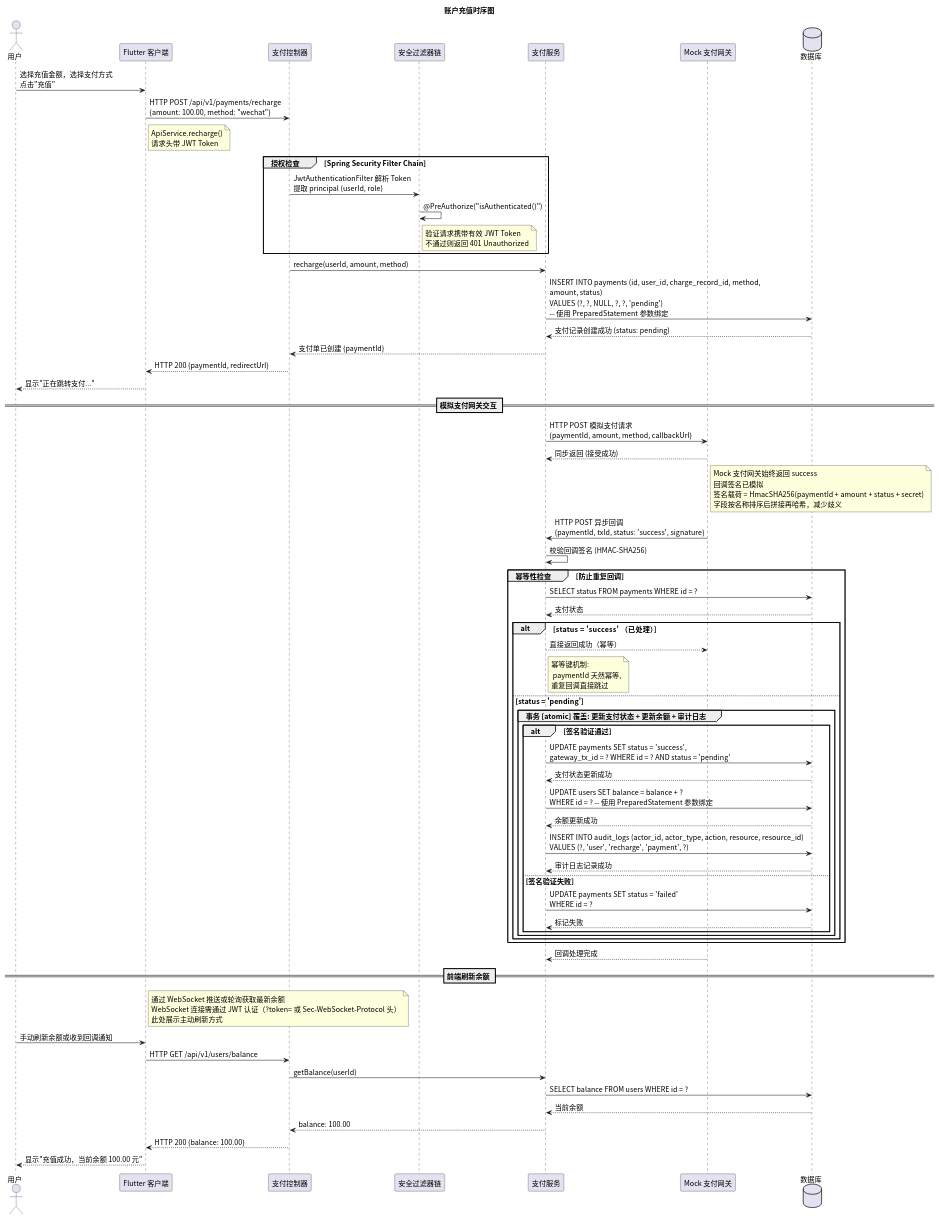
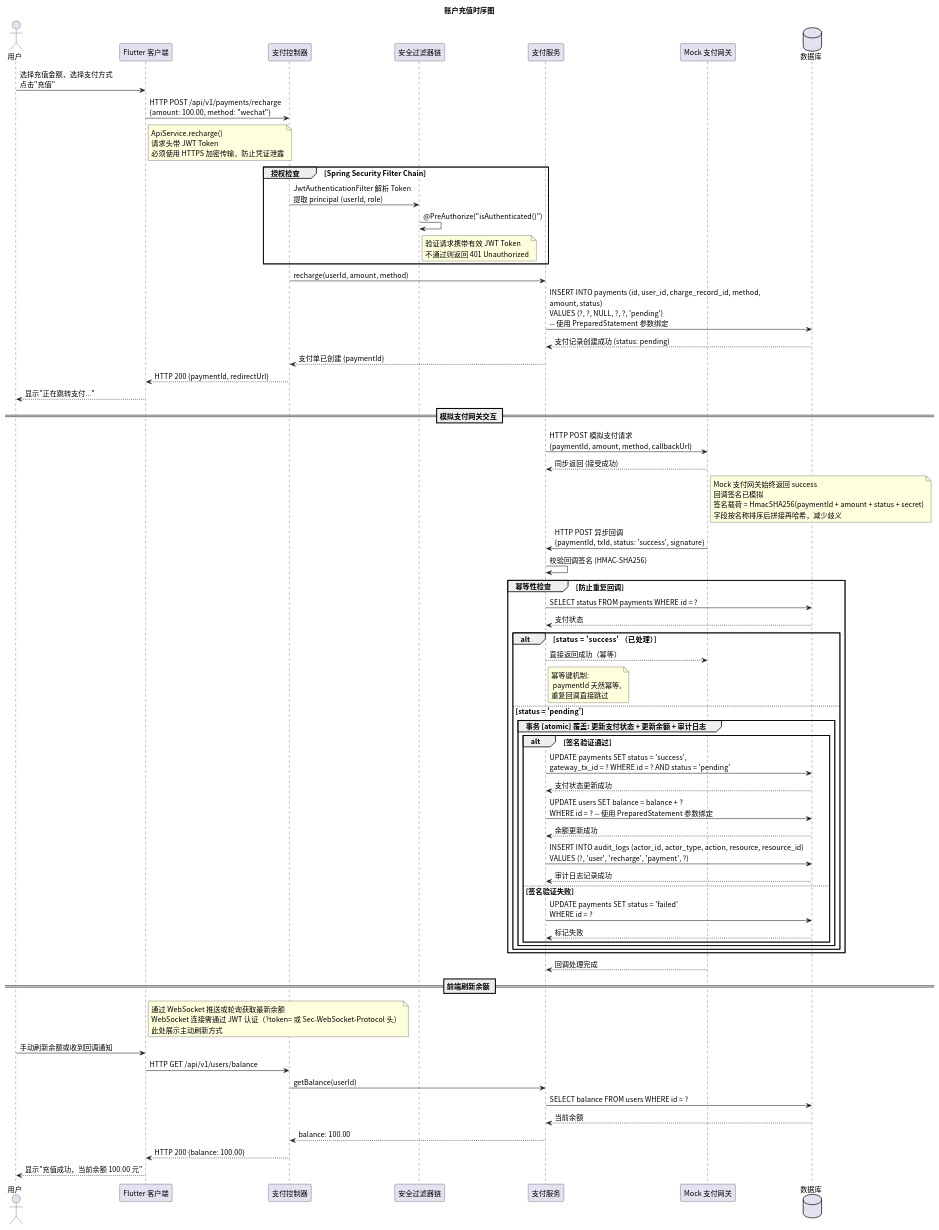
One commit to greenhandzdl/charging-station-doc changed the diagram in time/src/sequence_recharge.puml. Above: the diagram before and after it, drawn with PlantUML. The commit also changed 25 other files, not shown here.

First line of the commit message:
fix: 第2轮评估修复 — 用例图权限补全、时序图安全注解与HTTPS、密码重置令牌优化

```diff
--- a/time/src/sequence_recharge.puml
+++ b/time/src/sequence_recharge.puml
@@ -1,84 +1,84 @@
 @startuml
 skinparam defaultFontName "Noto Sans CJK SC"
 skinparam defaultFontSize 14
 title 账户充值时序图
 
 ' 所有 SQL 操作使用 PreparedStatement 参数绑定，禁止字符串拼接
 actor 用户 as U
 participant "Flutter 客户端" as FE
 participant "支付控制器" as Ctrl
 participant "安全过滤器链" as Security
 participant "支付服务" as PS
 participant "Mock 支付网关" as Gateway
 database 数据库 as DB
 
 U -> FE: 选择充值金额，选择支付方式\n点击"充值"
 FE -> Ctrl: HTTP POST /api/v1/payments/recharge\n{amount: 100.00, method: "wechat"}
-note right FE : ApiService.recharge()\n请求头带 JWT Token
+note right FE : ApiService.recharge()\n请求头带 JWT Token\n必须使用 HTTPS 加密传输，防止凭证泄露
 
 group 授权检查 [Spring Security Filter Chain]
   Ctrl -> Security: JwtAuthenticationFilter 解析 Token\n提取 principal (userId, role)
 
   Security -> Security: @PreAuthorize("isAuthenticated()")
   note right Security : 验证请求携带有效 JWT Token\n不通过则返回 401 Unauthorized
 end
 
 Ctrl -> PS: recharge(userId, amount, method)
 
 PS -> DB: INSERT INTO payments (id, user_id, charge_record_id, method,\namount, status)\nVALUES (?, ?, NULL, ?, ?, 'pending')\n-- 使用 PreparedStatement 参数绑定
 DB --> PS: 支付记录创建成功 (status: pending)
 
 PS --> Ctrl: 支付单已创建 {paymentId}
 Ctrl --> FE: HTTP 200 {paymentId, redirectUrl}
 FE --> U: 显示"正在跳转支付..."
 
 == 模拟支付网关交互 ==
 PS -> Gateway: HTTP POST 模拟支付请求\n{paymentId, amount, method, callbackUrl}
 Gateway --> PS: 同步返回 (接受成功)
 
 note right Gateway : Mock 支付网关始终返回 success\n回调签名已模拟\n签名载荷 = HmacSHA256(paymentId + amount + status + secret)\n字段按名称排序后拼接再哈希，减少歧义
 
 Gateway -> PS: HTTP POST 异步回调\n{paymentId, txId, status: 'success', signature}
 
 PS -> PS: 校验回调签名 (HMAC-SHA256)
 
 group 幂等性检查 [防止重复回调]
     PS -> DB: SELECT status FROM payments WHERE id = ?
     DB --> PS: 支付状态
 
     alt status = 'success' （已处理）
       PS --> Gateway: 直接返回成功（幂等）
       note right PS : 幂等键机制:\n paymentId 天然幂等,\n重复回调直接跳过
     else status = 'pending'
       group 事务 [atomic] 覆盖: 更新支付状态 + 更新余额 + 审计日志
         alt 签名验证通过
           PS -> DB: UPDATE payments SET status = 'success',\ngateway_tx_id = ? WHERE id = ? AND status = 'pending'
           DB --> PS: 支付状态更新成功
 
           PS -> DB: UPDATE users SET balance = balance + ?\nWHERE id = ? -- 使用 PreparedStatement 参数绑定
           DB --> PS: 余额更新成功
 
           PS -> DB: INSERT INTO audit_logs (actor_id, actor_type, action, resource, resource_id)\nVALUES (?, 'user', 'recharge', 'payment', ?)
           DB --> PS: 审计日志记录成功
         else 签名验证失败
           PS -> DB: UPDATE payments SET status = 'failed'\nWHERE id = ?
           DB --> PS: 标记失败
         end
       end
     end
 end
 
 Gateway --> PS: 回调处理完成
 
 == 前端刷新余额 ==
 note right FE : 通过 WebSocket 推送或轮询获取最新余额\nWebSocket 连接需通过 JWT 认证（?token= 或 Sec-WebSocket-Protocol 头）\n此处展示主动刷新方式
 
 U -> FE: 手动刷新余额或收到回调通知
 FE -> Ctrl: HTTP GET /api/v1/users/balance
 Ctrl -> PS: getBalance(userId)
 PS -> DB: SELECT balance FROM users WHERE id = ?
 DB --> PS: 当前余额
 PS --> Ctrl: balance: 100.00
 Ctrl --> FE: HTTP 200 {balance: 100.00}
 FE --> U: 显示"充值成功，当前余额 100.00 元"
 @enduml
```
